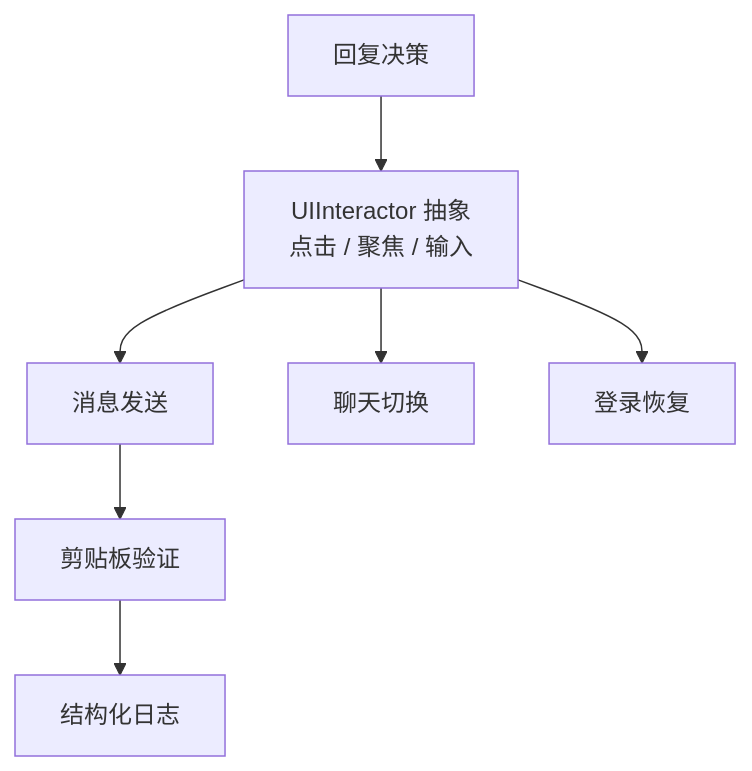
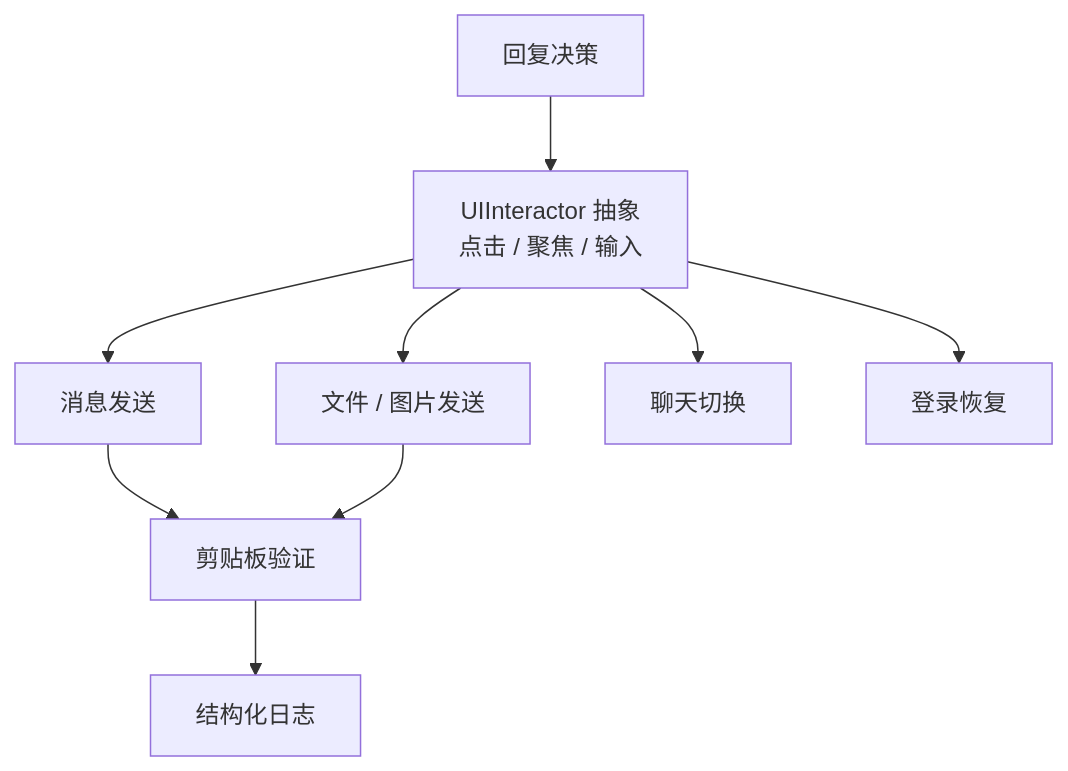
One commit to 899ms/wechat-mac-rpa changed the fifth of 6 diagrams in README.md. Above: the diagram before and after it, drawn with Mermaid. The commit also changed other lines of this file, not shown here.

````diff
--- a/README.md
+++ b/README.md
@@ -157,9 +164,11 @@
 ```mermaid
 graph TB
     Decision["回复决策"] --> UI["UIInteractor 抽象<br/>点击 / 聚焦 / 输入"]
     UI --> Send["消息发送"]
+    UI --> Media["文件 / 图片发送"]
     UI --> Switch["聊天切换"]
     UI --> Recovery["登录恢复"]
     Send --> Verify["剪贴板验证"]
+    Media --> Verify
     Verify --> Log["结构化日志"]
 ```
````
